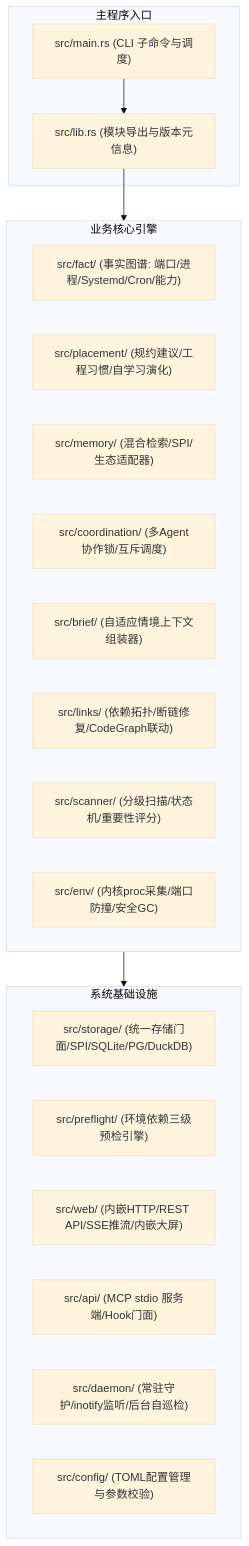
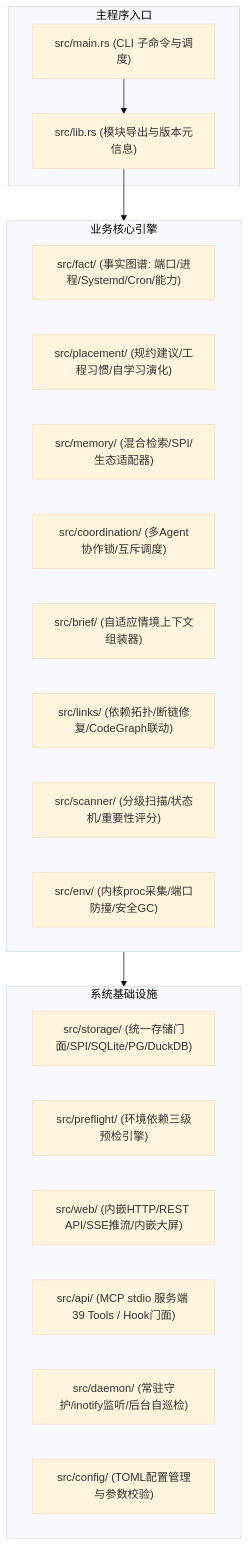
The first of 2 diagrams in arch/02-for-developers.md (digoal/agent-body), drawn with Mermaid (base theme) before and after one commit. The commit also changed 32 other files, not shown here.

````diff
--- a/arch/02-for-developers.md
+++ b/arch/02-for-developers.md
@@ -12,31 +12,31 @@
 ```mermaid
 graph TD
     subgraph MainApp["主程序入口"]
         M["src/main.rs (CLI 子命令与调度)"]
         L["src/lib.rs (模块导出与版本元信息)"]
     end
 
     subgraph CoreEngines["业务核心引擎"]
         FACT["src/fact/ (事实图谱: 端口/进程/Systemd/Cron/能力)"]
         PLACE["src/placement/ (规约建议/工程习惯/自学习演化)"]
         MEM["src/memory/ (混合检索/SPI/生态适配器)"]
         COORD["src/coordination/ (多Agent协作锁/互斥调度)"]
         BRIEF["src/brief/ (自适应情境上下文组装器)"]
         LINKS["src/links/ (依赖拓扑/断链修复/CodeGraph联动)"]
         SCAN["src/scanner/ (分级扫描/状态机/重要性评分)"]
         ENV["src/env/ (内核proc采集/端口防撞/安全GC)"]
     end
 
     subgraph Infrastructure["系统基础设施"]
         STORAGE["src/storage/ (统一存储门面/SPI/SQLite/PG/DuckDB)"]
         PRE["src/preflight/ (环境依赖三级预检引擎)"]
         WEB["src/web/ (内嵌HTTP/REST API/SSE推流/内嵌大屏)"]
-        MCP["src/api/ (MCP stdio 服务端/Hook门面)"]
+        MCP["src/api/ (MCP stdio 服务端 39 Tools / Hook门面)"]
         DAEMON["src/daemon/ (常驻守护/inotify监听/后台自巡检)"]
         CFG["src/config/ (TOML配置管理与参数校验)"]
     end
 
     M --> L
     L --> CoreEngines
     CoreEngines --> Infrastructure
 ```
````
